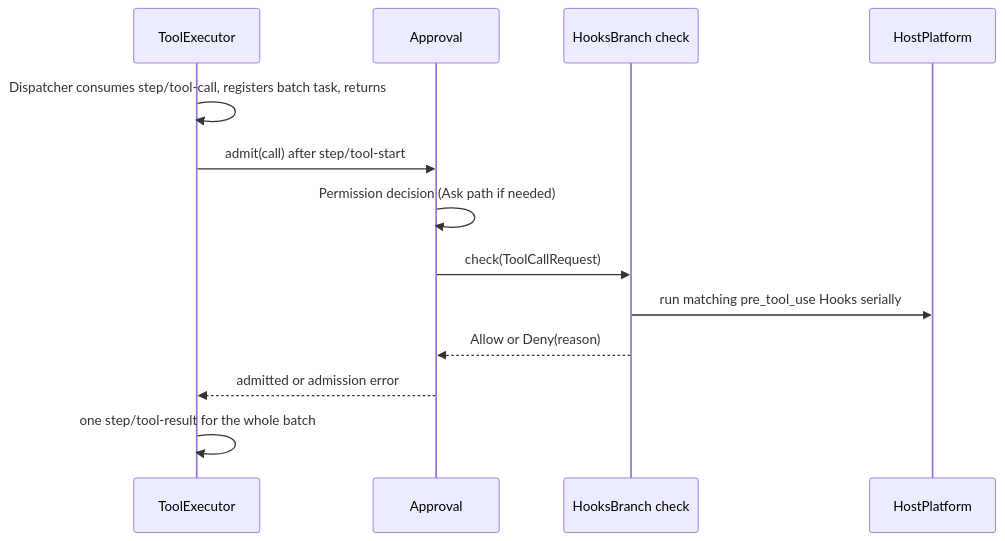
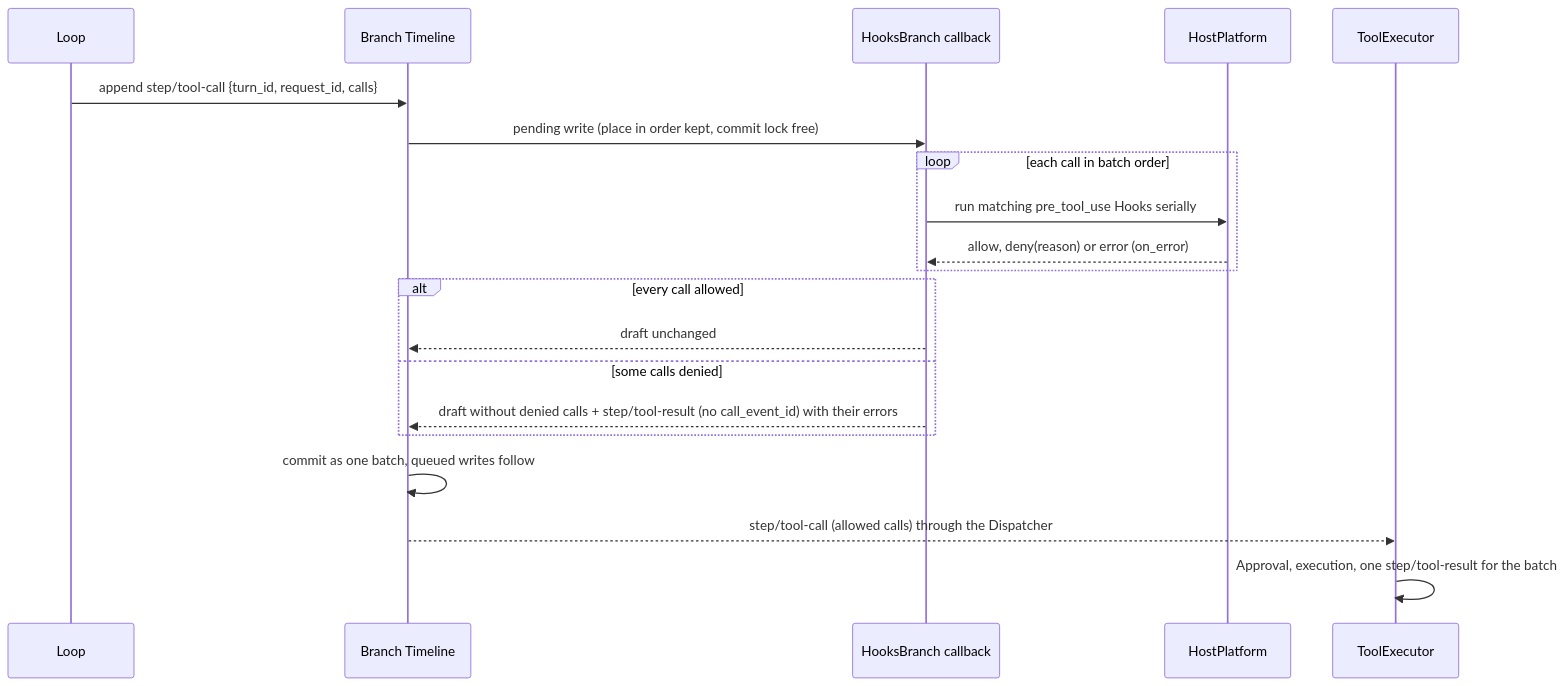
Before and after one commit to CoutinhoTTS/dim-agent: the third of 7 diagrams in docs/design/plugins/Hooks.md, drawn with Mermaid. The commit also changed other lines of this file and 18 other files, not shown here.

````diff
--- a/docs/design/plugins/Hooks.md
+++ b/docs/design/plugins/Hooks.md
@@ -75,15 +74,22 @@
 ```mermaid
 sequenceDiagram
+  participant LP as Loop
+  participant TL as Branch Timeline
+  participant HB as HooksBranch callback
+  participant HP as HostPlatform
   participant TE as ToolExecutor
-  participant AP as Approval
-  participant HB as HooksBranch check
-  participant HP as HostPlatform
-  TE->>TE: Dispatcher consumes step/tool-call, registers batch task, returns
-  TE->>AP: admit(call) after step/tool-start
-  AP->>AP: Permission decision (Ask path if needed)
-  AP->>HB: check(ToolCallRequest)
-  HB->>HP: run matching pre_tool_use Hooks serially
-  HB-->>AP: Allow or Deny(reason)
-  AP-->>TE: admitted or admission error
-  TE->>TE: one step/tool-result for the whole batch
+  LP->>TL: append step/tool-call {turn_id, request_id, calls}
+  TL->>HB: pending write (place in order kept, commit lock free)
+  loop each call in batch order
+    HB->>HP: run matching pre_tool_use Hooks serially
+    HP-->>HB: allow, deny(reason) or error (on_error)
+  end
+  alt every call allowed
+    HB-->>TL: draft unchanged
+  else some calls denied
+    HB-->>TL: draft without denied calls + step/tool-result (no call_event_id) with their errors
+  end
+  TL->>TL: commit as one batch, queued writes follow
+  TL-->>TE: step/tool-call (allowed calls) through the Dispatcher
+  TE->>TE: Approval, execution, one step/tool-result for the batch
 ```
````
